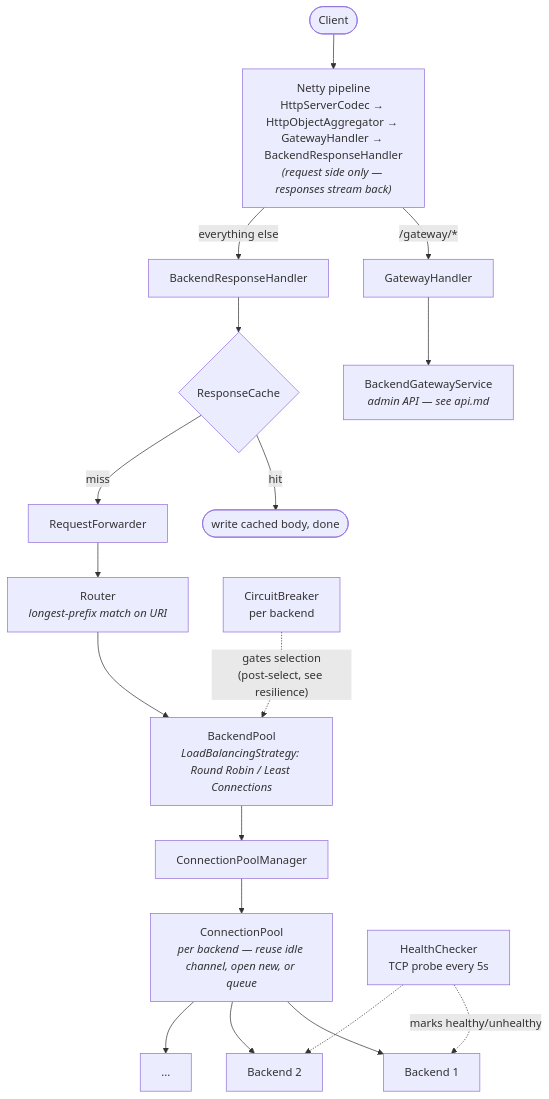
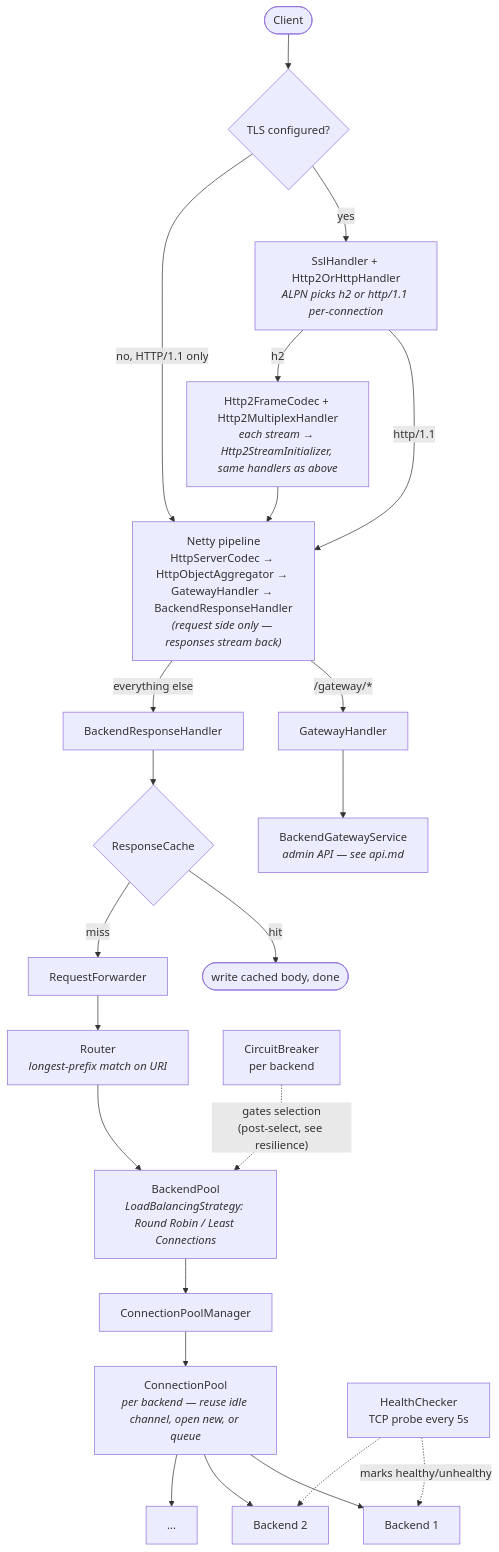
Before and after one commit to VuH0ngQuang/JavaApiGateway: the diagram in docs/architecture.md, drawn with Mermaid. The commit also changed other lines of this file and 8 other files, not shown here.

First line of the commit message:
Add TLS and HTTP/2 support, negotiated via ALPN on the same port

````diff
--- a/docs/architecture.md
+++ b/docs/architecture.md
@@ -3,28 +3,35 @@
 ```mermaid
 flowchart TD
     Client([Client])
+    TLS{TLS configured?}
+    ALPN["SslHandler + Http2OrHttpHandler<br/><i>ALPN picks h2 or http/1.1 per-connection</i>"]
     Pipe["Netty pipeline<br/>HttpServerCodec → HttpObjectAggregator → GatewayHandler → BackendResponseHandler<br/><i>(request side only — responses stream back)</i>"]
-    Client --> Pipe
+    Client --> TLS
+    TLS -->|yes| ALPN
+    TLS -->|no, HTTP/1.1 only| Pipe
+    ALPN -->|http/1.1| Pipe
+    ALPN -->|h2| H2["Http2FrameCodec + Http2MultiplexHandler<br/><i>each stream → Http2StreamInitializer, same handlers as above</i>"]
+    H2 --> Pipe
 
     Pipe -->|"/gateway/*"| GH[GatewayHandler]
     GH --> BGS["BackendGatewayService<br/><i>admin API — see api.md</i>"]
 
     Pipe -->|"everything else"| BRH[BackendResponseHandler]
     BRH --> RC{ResponseCache}
     RC -->|hit| Done([write cached body, done])
     RC -->|miss| RF[RequestForwarder]
 
     RF --> Router["Router<br/><i>longest-prefix match on URI</i>"]
     Router --> BP["BackendPool<br/><i>LoadBalancingStrategy: Round Robin / Least Connections</i>"]
 
     BP --> CPM[ConnectionPoolManager]
     CPM --> CP1["ConnectionPool<br/><i>per backend — reuse idle channel, open new, or queue</i>"]
 
     CP1 --> B1[Backend 1]
     CP1 --> B2[Backend 2]
     CP1 --> B3[...]
 
     CB["CircuitBreaker<br/>per backend"] -.->|"gates selection<br/>(post-select, see resilience)"| BP
     HC["HealthChecker<br/>TCP probe every 5s"] -.->|marks healthy/unhealthy| B1
     HC -.-> B2
 ```
````
